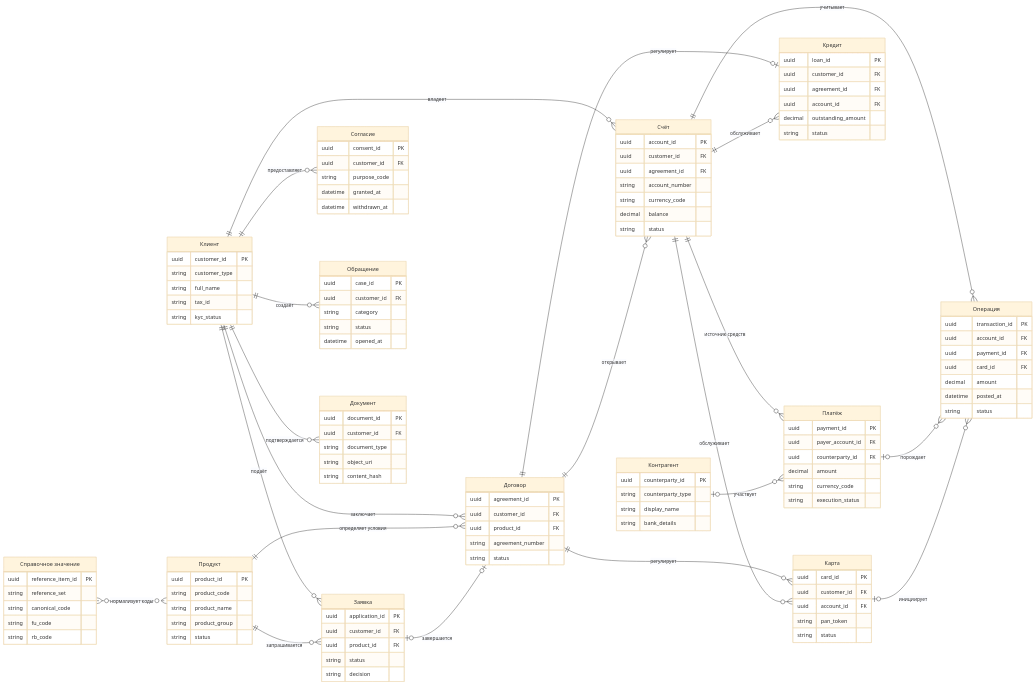
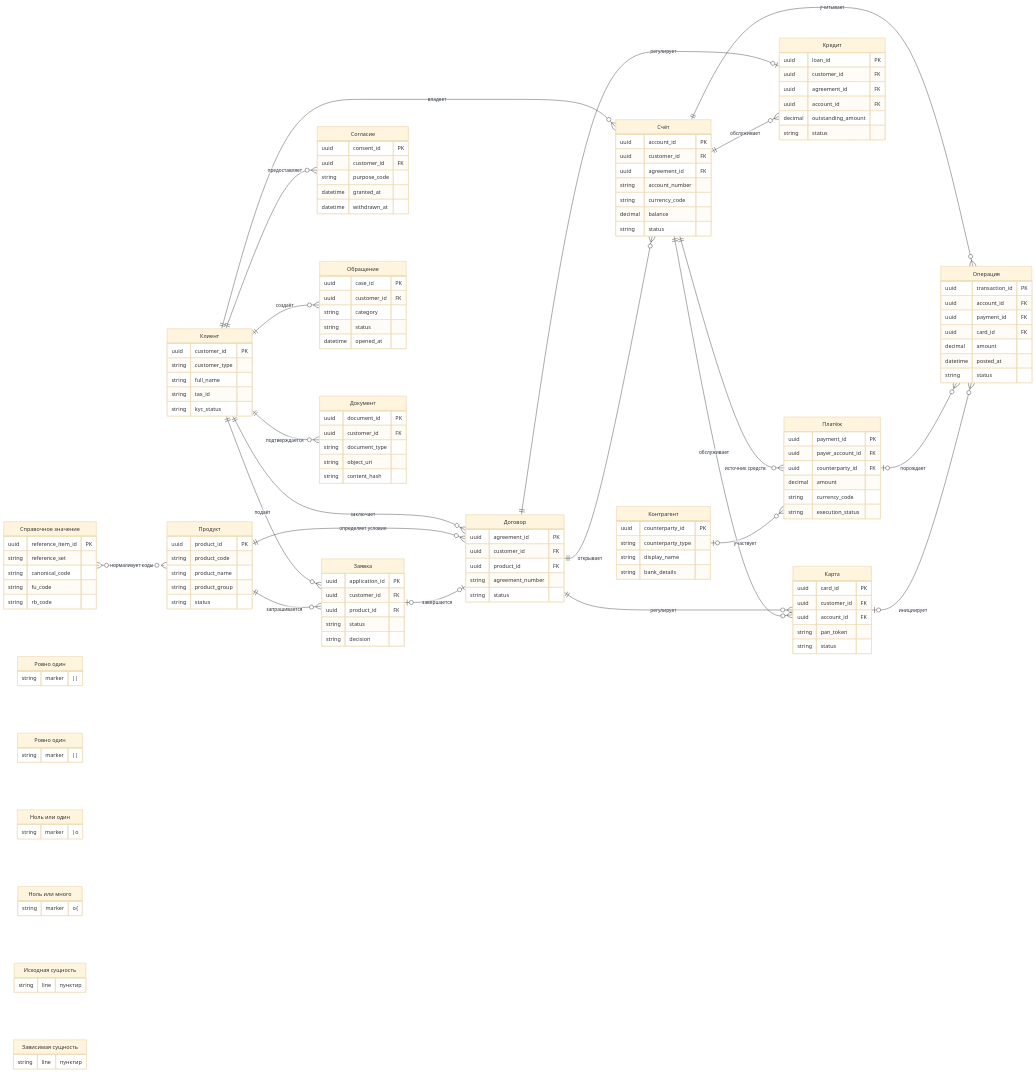
Before and after one commit to NovikovMS/Solution-FinUnion-Data-Merger: the diagram in Task1/diagrams/logical-data-model.mmd, drawn with Mermaid (base theme). The commit also changed other lines of this file and 1 other file, not shown here.

```diff
--- a/Task1/diagrams/logical-data-model.mmd
+++ b/Task1/diagrams/logical-data-model.mmd
@@ -1,144 +1,168 @@
 erDiagram
     direction LR
 
     CUSTOMER["Клиент"] {
         uuid customer_id PK
         string customer_type
         string full_name
         string tax_id
         string kyc_status
     }
 
     APPLICATION["Заявка"] {
         uuid application_id PK
         uuid customer_id FK
         uuid product_id FK
         string status
         string decision
     }
 
     CONSENT["Согласие"] {
         uuid consent_id PK
         uuid customer_id FK
         string purpose_code
         datetime granted_at
         datetime withdrawn_at
     }
 
     CUSTOMER_CASE["Обращение"] {
         uuid case_id PK
         uuid customer_id FK
         string category
         string status
         datetime opened_at
     }
 
     DOCUMENT["Документ"] {
         uuid document_id PK
         uuid customer_id FK
         string document_type
         string object_uri
         string content_hash
     }
 
     PRODUCT["Продукт"] {
         uuid product_id PK
         string product_code
         string product_name
         string product_group
         string status
     }
 
     AGREEMENT["Договор"] {
         uuid agreement_id PK
         uuid customer_id FK
         uuid product_id FK
         string agreement_number
         string status
     }
 
     ACCOUNT["Счёт"] {
         uuid account_id PK
         uuid customer_id FK
         uuid agreement_id FK
         string account_number
         string currency_code
         decimal balance
         string status
     }
 
     CARD["Карта"] {
         uuid card_id PK
         uuid customer_id FK
         uuid account_id FK
         string pan_token
         string status
     }
 
     LOAN["Кредит"] {
         uuid loan_id PK
         uuid customer_id FK
         uuid agreement_id FK
         uuid account_id FK
         decimal outstanding_amount
         string status
     }
 
     PAYMENT["Платёж"] {
         uuid payment_id PK
         uuid payer_account_id FK
         uuid counterparty_id FK
         decimal amount
         string currency_code
         string execution_status
     }
 
     TRANSACTION["Операция"] {
         uuid transaction_id PK
         uuid account_id FK
         uuid payment_id FK
         uuid card_id FK
         decimal amount
         datetime posted_at
         string status
     }
 
     COUNTERPARTY["Контрагент"] {
         uuid counterparty_id PK
         string counterparty_type
         string display_name
         string bank_details
     }
 
     REFERENCE_ITEM["Справочное значение"] {
         uuid reference_item_id PK
         string reference_set
         string canonical_code
         string fu_code
         string rb_code
     }
 
+    LEGEND_ONE_LEFT["Ровно один"] {
+        string marker "||"
+    }
+
+    LEGEND_ONE_RIGHT["Ровно один"] {
+        string marker "||"
+    }
+
+    LEGEND_OPTIONAL["Ноль или один"] {
+        string marker "|o"
+    }
+
+    LEGEND_MANY["Ноль или много"] {
+        string marker "o{"
+    }
+
+    LEGEND_MAIN["Исходная сущность"] {
+        string line "пунктир"
+    }
+
+    LEGEND_REFERENCE["Зависимая сущность"] {
+        string line "пунктир"
+    }
+
     CUSTOMER ||--o{ APPLICATION : "подаёт"
     CUSTOMER ||--o{ CONSENT : "предоставляет"
     CUSTOMER ||--o{ CUSTOMER_CASE : "создаёт"
     CUSTOMER ||--o{ DOCUMENT : "подтверждается"
     CUSTOMER ||--o{ AGREEMENT : "заключает"
     CUSTOMER ||--o{ ACCOUNT : "владеет"
 
     PRODUCT ||--o{ APPLICATION : "запрашивается"
     PRODUCT ||--o{ AGREEMENT : "определяет условия"
     APPLICATION |o--o| AGREEMENT : "завершается"
     AGREEMENT ||--o{ ACCOUNT : "открывает"
     AGREEMENT ||--o{ CARD : "регулирует"
     AGREEMENT ||--o| LOAN : "регулирует"
 
     ACCOUNT ||--o{ CARD : "обслуживает"
     ACCOUNT ||--o{ LOAN : "обслуживает"
     ACCOUNT ||--o{ PAYMENT : "источник средств"
     ACCOUNT ||--o{ TRANSACTION : "учитывает"
 
     PAYMENT |o--o{ TRANSACTION : "порождает"
     CARD |o--o{ TRANSACTION : "инициирует"
     COUNTERPARTY |o--o{ PAYMENT : "участвует"
 
     REFERENCE_ITEM }o..o{ PRODUCT : "нормализует коды"
```
